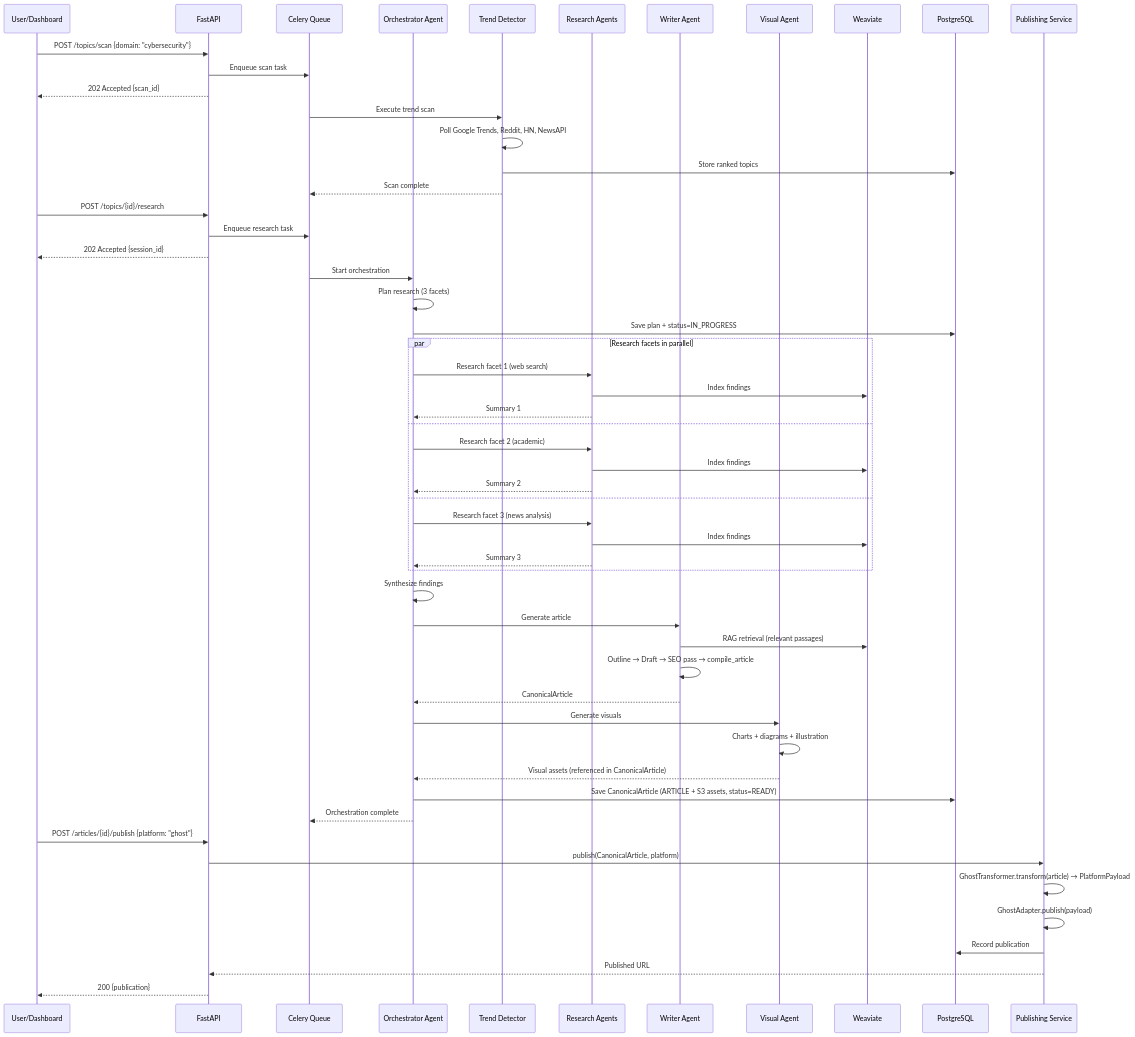
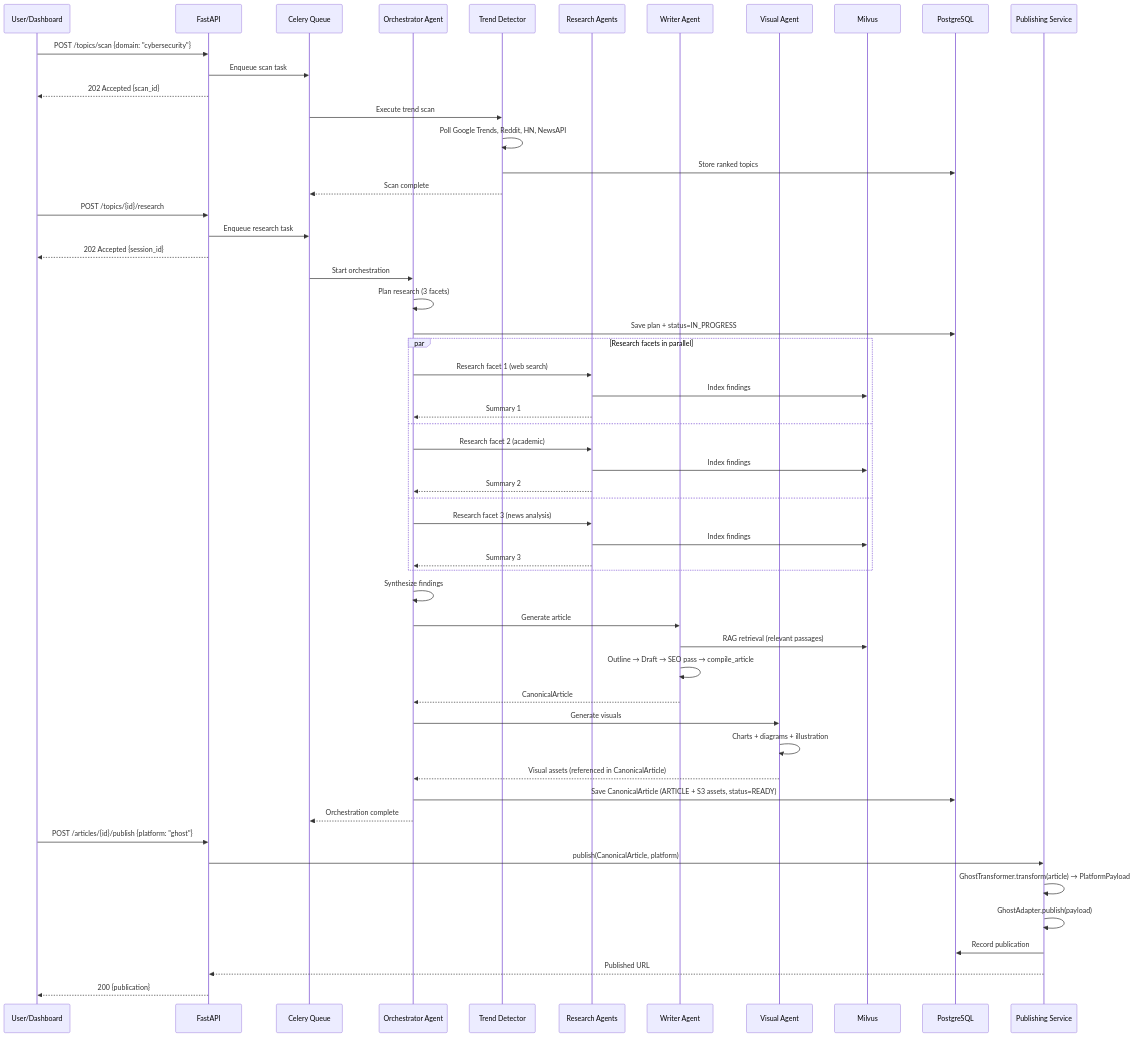
One commit to gmangesh77/cognify changed the second of 2 diagrams in docs/architecture/LOW_LEVEL_ARCHITECTURE.md. Above: the diagram before and after it, drawn with Mermaid. The commit also changed 3 other files, not shown here.

First line of the commit message:
docs: replace stale Weaviate references with Milvus (ADR-002)

````diff
--- a/docs/architecture/LOW_LEVEL_ARCHITECTURE.md
+++ b/docs/architecture/LOW_LEVEL_ARCHITECTURE.md
@@ -254,66 +254,66 @@
 ```mermaid
 sequenceDiagram
     participant U as User/Dashboard
     participant API as FastAPI
     participant Q as Celery Queue
     participant O as Orchestrator Agent
     participant T as Trend Detector
     participant R as Research Agents
     participant W as Writer Agent
     participant V as Visual Agent
-    participant WV as Weaviate
+    participant WV as Milvus
     participant PG as PostgreSQL
     participant PUB as Publishing Service
 
     U->>API: POST /topics/scan {domain: "cybersecurity"}
     API->>Q: Enqueue scan task
     API-->>U: 202 Accepted {scan_id}
 
     Q->>T: Execute trend scan
     T->>T: Poll Google Trends, Reddit, HN, NewsAPI
     T->>PG: Store ranked topics
     T-->>Q: Scan complete
 
     U->>API: POST /topics/{id}/research
     API->>Q: Enqueue research task
     API-->>U: 202 Accepted {session_id}
 
     Q->>O: Start orchestration
     O->>O: Plan research (3 facets)
     O->>PG: Save plan + status=IN_PROGRESS
 
     par Research facets in parallel
         O->>R: Research facet 1 (web search)
         R->>WV: Index findings
         R-->>O: Summary 1
     and
         O->>R: Research facet 2 (academic)
         R->>WV: Index findings
         R-->>O: Summary 2
     and
         O->>R: Research facet 3 (news analysis)
         R->>WV: Index findings
         R-->>O: Summary 3
     end
 
     O->>O: Synthesize findings
     O->>W: Generate article
     W->>WV: RAG retrieval (relevant passages)
     W->>W: Outline → Draft → SEO pass → compile_article
     W-->>O: CanonicalArticle
 
     O->>V: Generate visuals
     V->>V: Charts + diagrams + illustration
     V-->>O: Visual assets (referenced in CanonicalArticle)
 
     O->>PG: Save CanonicalArticle (ARTICLE + S3 assets, status=READY)
     O-->>Q: Orchestration complete
 
     U->>API: POST /articles/{id}/publish {platform: "ghost"}
     API->>PUB: publish(CanonicalArticle, platform)
     PUB->>PUB: GhostTransformer.transform(article) → PlatformPayload
     PUB->>PUB: GhostAdapter.publish(payload)
     PUB->>PG: Record publication
     PUB-->>API: Published URL
     API-->>U: 200 {publication}
 ```
````
